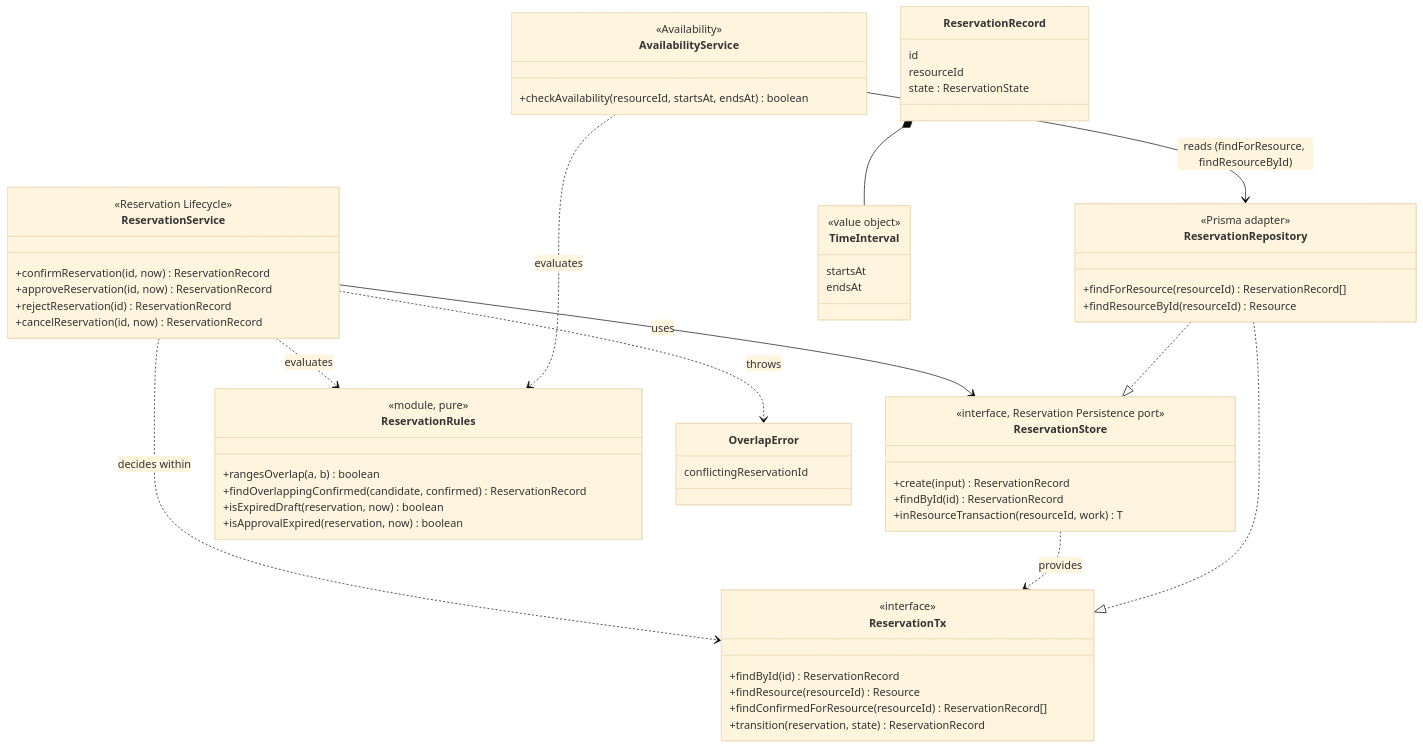
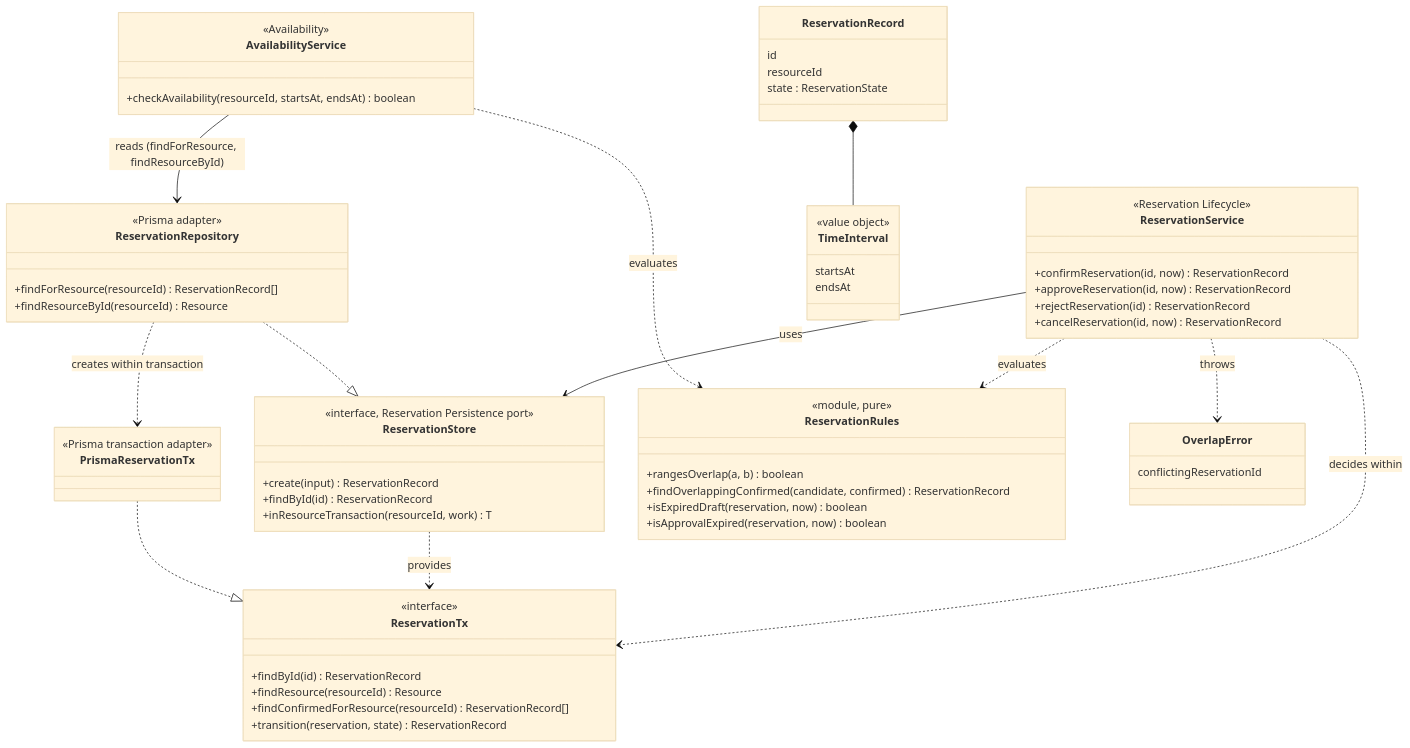
One commit to jaroslavpetera/swi_project changed the third of 3 diagrams in docs/architecture-and-decisions.md. Above: the diagram before and after it, drawn with Mermaid (base theme). The commit also changed other lines of this file and 55 other files, not shown here.

````diff
--- a/docs/architecture-and-decisions.md
+++ b/docs/architecture-and-decisions.md
@@ -652,63 +669,67 @@
 ```mermaid
 classDiagram
     class ReservationService {
         <<Reservation Lifecycle>>
         +confirmReservation(id, now) ReservationRecord
         +approveReservation(id, now) ReservationRecord
         +rejectReservation(id) ReservationRecord
         +cancelReservation(id, now) ReservationRecord
     }
     class ReservationStore {
         <<interface, Reservation Persistence port>>
         +create(input) ReservationRecord
         +findById(id) ReservationRecord
         +inResourceTransaction(resourceId, work) T
     }
     class ReservationTx {
         <<interface>>
         +findById(id) ReservationRecord
         +findResource(resourceId) Resource
         +findConfirmedForResource(resourceId) ReservationRecord[]
         +transition(reservation, state) ReservationRecord
     }
     class ReservationRepository {
         <<Prisma adapter>>
         +findForResource(resourceId) ReservationRecord[]
         +findResourceById(resourceId) Resource
+    }
+    class PrismaReservationTx {
+        <<Prisma transaction adapter>>
     }
     class AvailabilityService {
         <<Availability>>
         +checkAvailability(resourceId, startsAt, endsAt) boolean
     }
     class ReservationRules {
         <<module, pure>>
         +rangesOverlap(a, b) boolean
         +findOverlappingConfirmed(candidate, confirmed) ReservationRecord
         +isExpiredDraft(reservation, now) boolean
         +isApprovalExpired(reservation, now) boolean
     }
     class ReservationRecord {
         id
         resourceId
         state : ReservationState
     }
     class TimeInterval {
         <<value object>>
         startsAt
         endsAt
     }
     class OverlapError {
         conflictingReservationId
     }
 
     ReservationService --> ReservationStore : uses
     ReservationService ..> ReservationTx : decides within
     ReservationService ..> ReservationRules : evaluates
     ReservationService ..> OverlapError : throws
     ReservationStore ..> ReservationTx : provides
     ReservationRepository ..|> ReservationStore
-    ReservationRepository ..|> ReservationTx
+    ReservationRepository ..> PrismaReservationTx : creates within transaction
+    PrismaReservationTx ..|> ReservationTx
     AvailabilityService --> ReservationRepository : reads (findForResource, findResourceById)
     AvailabilityService ..> ReservationRules : evaluates
     ReservationRecord *-- TimeInterval
 ```
````
